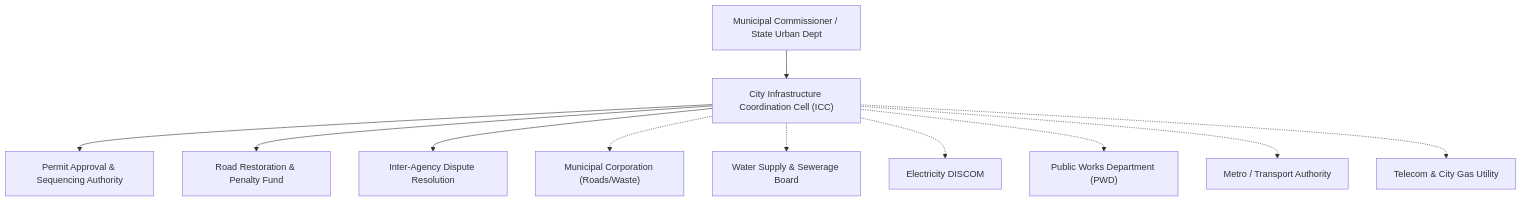
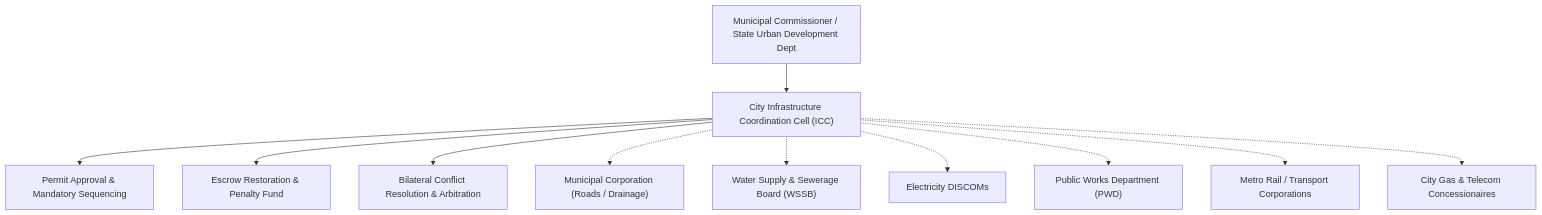
The third of 3 diagrams in README.md (sarthak-agnihotri/CitySync), drawn with Mermaid before and after one commit. The commit also changed other lines of this file, not shown here.

````diff
--- a/README.md
+++ b/README.md
@@ -505,14 +735,14 @@
 ```mermaid
 flowchart TD
-    MC["Municipal Commissioner / State Urban Dept"] --> ICC["City Infrastructure Coordination Cell (ICC)"]
-    ICC --> Permits["Permit Approval & Sequencing Authority"]
-    ICC --> Fund["Road Restoration & Penalty Fund"]
-    ICC --> Escalations["Inter-Agency Dispute Resolution"]
+    MC["Municipal Commissioner / State Urban Development Dept"] --> ICC["City Infrastructure Coordination Cell (ICC)"]
+    ICC --> Permits["Permit Approval & Mandatory Sequencing"]
+    ICC --> Fund["Escrow Restoration & Penalty Fund"]
+    ICC --> Escalations["Bilateral Conflict Resolution & Arbitration"]
     
-    ICC -.-> Dept1["Municipal Corporation (Roads/Waste)"]
-    ICC -.-> Dept2["Water Supply & Sewerage Board"]
-    ICC -.-> Dept3["Electricity DISCOM"]
+    ICC -.-> Dept1["Municipal Corporation (Roads / Drainage)"]
+    ICC -.-> Dept2["Water Supply & Sewerage Board (WSSB)"]
+    ICC -.-> Dept3["Electricity DISCOMs"]
     ICC -.-> Dept4["Public Works Department (PWD)"]
-    ICC -.-> Dept5["Metro / Transport Authority"]
-    ICC -.-> Dept6["Telecom & City Gas Utility"]
+    ICC -.-> Dept5["Metro Rail / Transport Corporations"]
+    ICC -.-> Dept6["City Gas & Telecom Concessionaires"]
 ```
````
